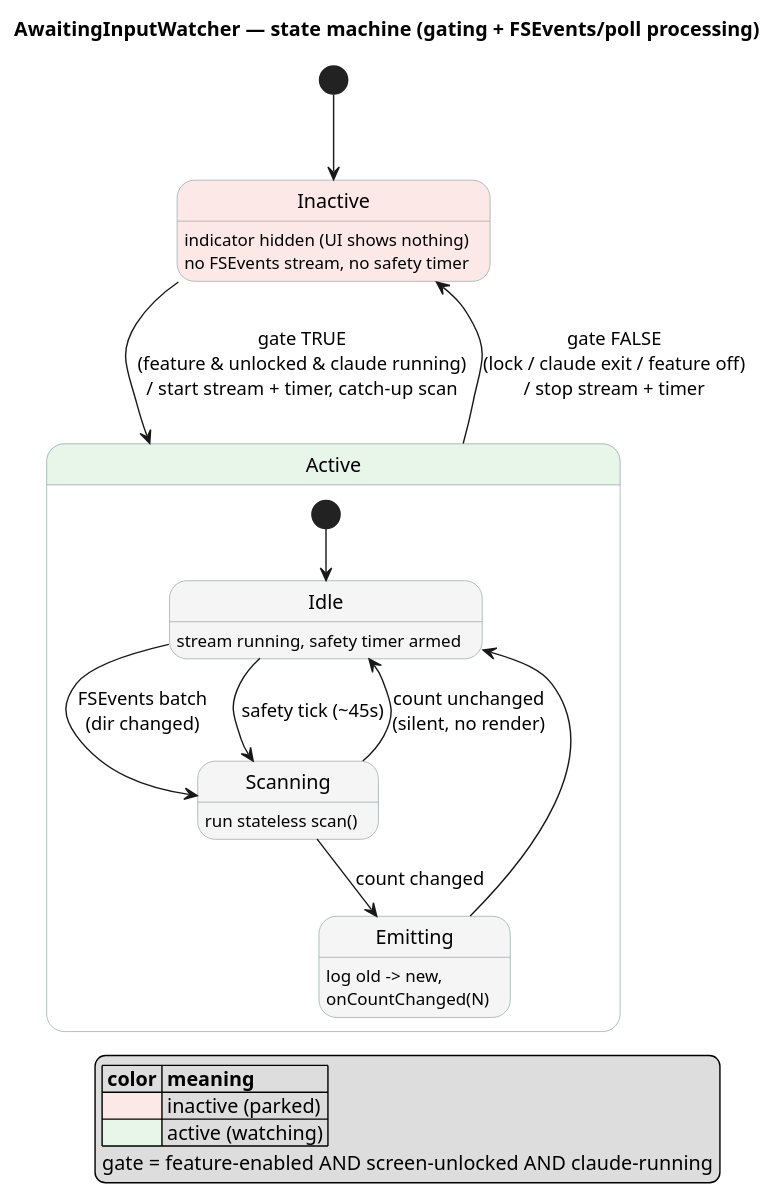
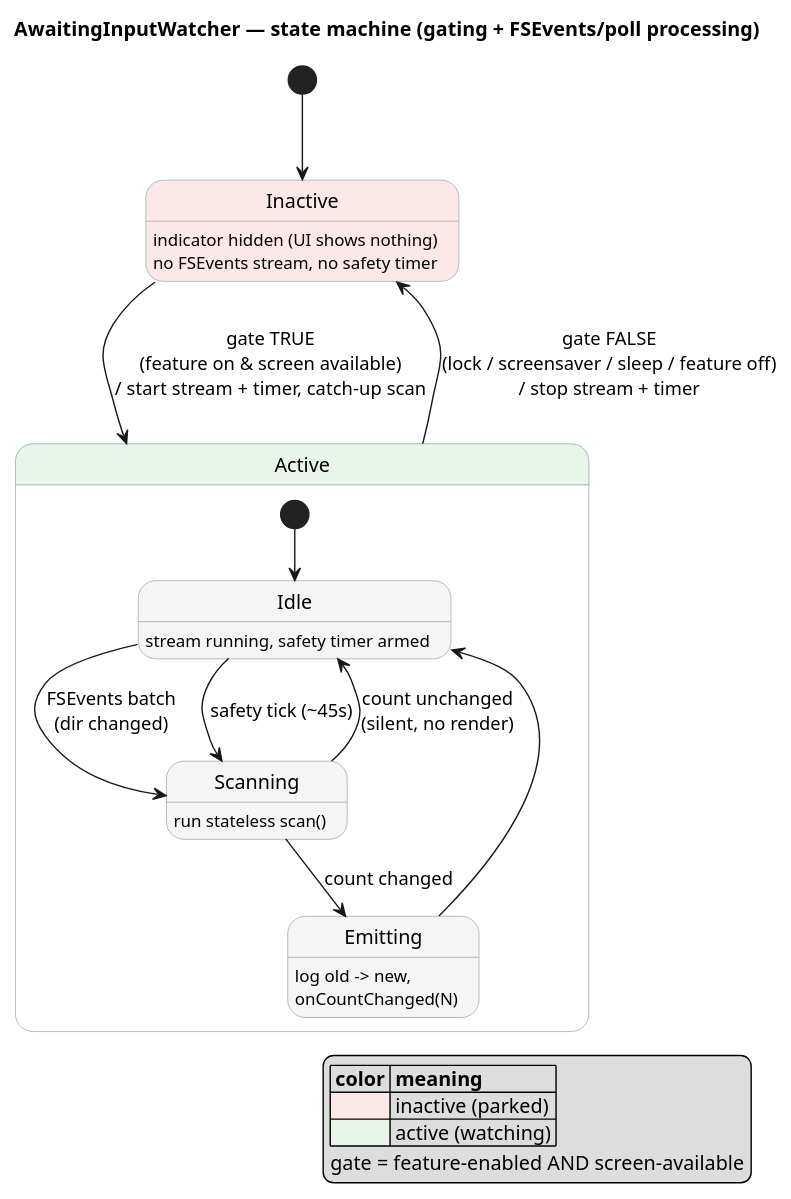
One commit to artem-from-ua/tokenpace changed the diagram in docs/design/awaiting-input-refresh.md. Above: the diagram before and after it, drawn with PlantUML. The commit also changed other lines of this file and 13 other files, not shown here.

````diff
--- a/docs/design/awaiting-input-refresh.md
+++ b/docs/design/awaiting-input-refresh.md
@@ -103,36 +107,36 @@
 ```plantuml
 @startuml
 title AwaitingInputWatcher — state machine (gating + FSEvents/poll processing)
 skinparam StateBackgroundColor #F5F5F5
 skinparam StateBorderColor #95A5A6
 
 [*] --> Inactive
 
 state Inactive #FDE8E8 {
 }
 Inactive : indicator hidden (UI shows nothing)
 Inactive : no FSEvents stream, no safety timer
 
 state Active #E8F5E9 {
   [*] --> Idle
   Idle : stream running, safety timer armed
   Idle --> Scanning : FSEvents batch\n(dir changed)
   Idle --> Scanning : safety tick (~45s)
   Scanning : run stateless scan()
   Scanning --> Idle : count unchanged\n(silent, no render)
   Scanning --> Emitting : count changed
   Emitting : log old -> new,\nonCountChanged(N)
   Emitting --> Idle
 }
 
-Inactive --> Active : gate TRUE\n(feature & unlocked & claude running)\n/ start stream + timer, catch-up scan
-Active --> Inactive : gate FALSE\n(lock / claude exit / feature off)\n/ stop stream + timer
+Inactive --> Active : gate TRUE\n(feature on & screen available)\n/ start stream + timer, catch-up scan
+Active --> Inactive : gate FALSE\n(lock / screensaver / sleep / feature off)\n/ stop stream + timer
 
 legend right
   |= color |= meaning |
   |<#FDE8E8>| inactive (parked) |
   |<#E8F5E9>| active (watching) |
-  gate = feature-enabled AND screen-unlocked AND claude-running
+  gate = feature-enabled AND screen-available
 endlegend
 @enduml
 ```
````
